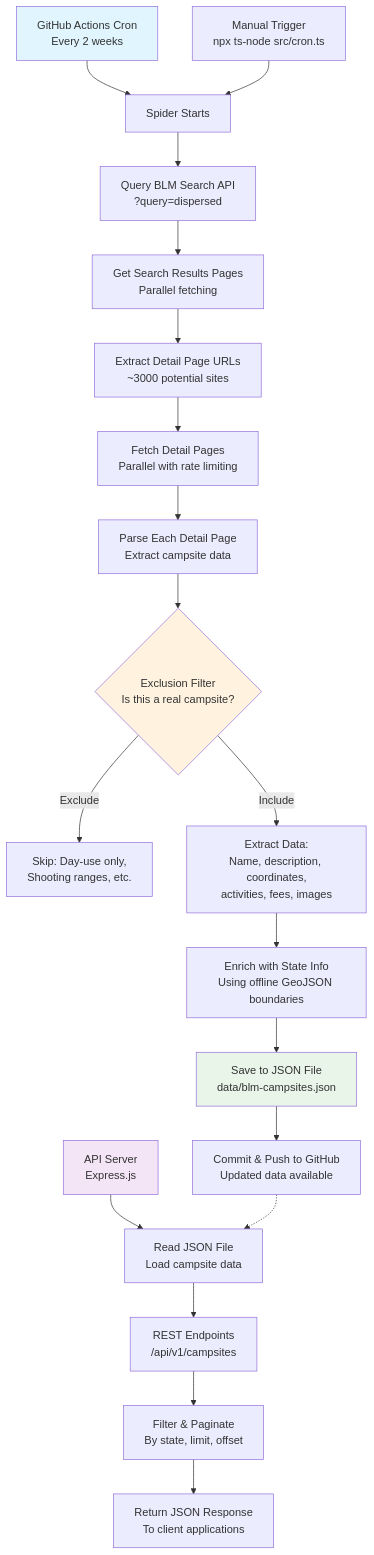
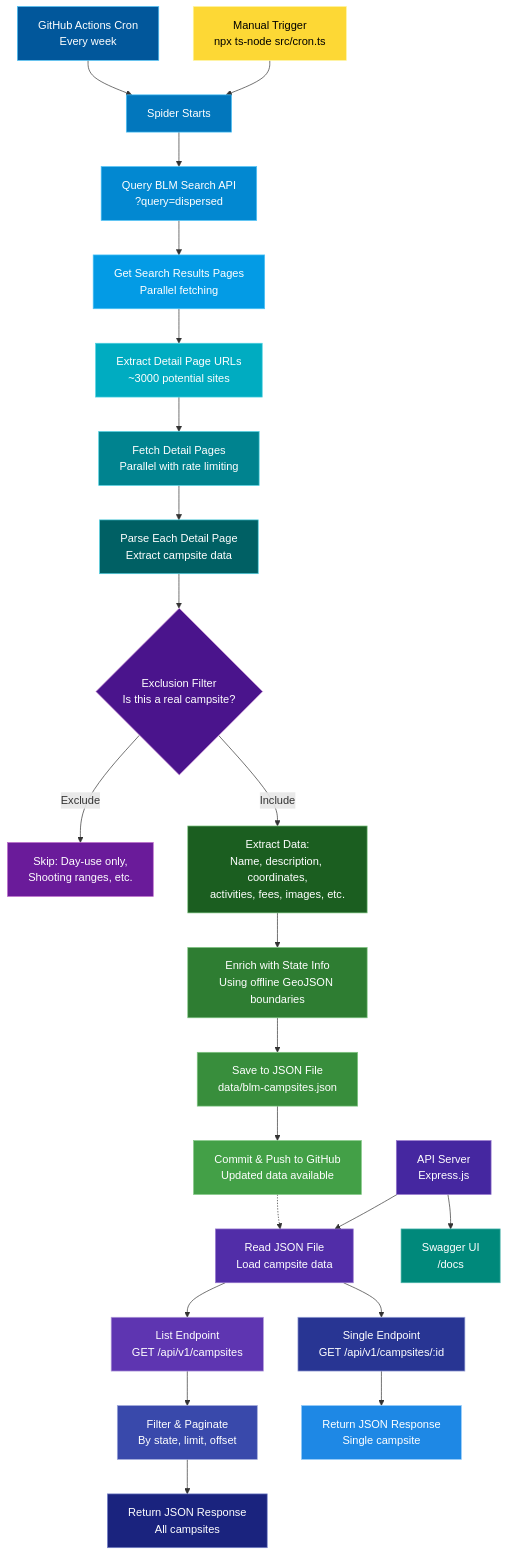
The diagram in README.md (baileydunning/blm-spider), drawn with Mermaid before and after one commit. The commit also changed other lines of this file, not shown here.

````diff
--- a/README.md
+++ b/README.md
@@ -28,29 +28,52 @@
 ```mermaid
 graph TB
-    A[GitHub Actions Cron<br/>Every 2 weeks] --> B[Spider Starts]
+    A[GitHub Actions Cron<br/>Every week] --> B[Spider Starts]
     B --> C[Query BLM Search API<br/>?query=dispersed]
     C --> D[Get Search Results Pages<br/>Parallel fetching]
     D --> E[Extract Detail Page URLs<br/>~3000 potential sites]
     E --> F[Fetch Detail Pages<br/>Parallel with rate limiting]
     F --> G[Parse Each Detail Page<br/>Extract campsite data]
     G --> H{Exclusion Filter<br/>Is this a real campsite?}
     H -->|Exclude| I[Skip: Day-use only,<br/>Shooting ranges, etc.]
-    H -->|Include| J[Extract Data:<br/>Name, description, coordinates,<br/>activities, fees, images]
+    H -->|Include| J[Extract Data:<br/>Name, description, coordinates,<br/>activities, fees, images, etc.]
     J --> K[Enrich with State Info<br/>Using offline GeoJSON boundaries]
     K --> L[Save to JSON File<br/>data/blm-campsites.json]
     L --> M[Commit & Push to GitHub<br/>Updated data available]
     
     N[API Server<br/>Express.js] --> O[Read JSON File<br/>Load campsite data]
-    O --> P[REST Endpoints<br/>/api/v1/campsites]
+    O --> P[List Endpoint<br/>GET /api/v1/campsites]
     P --> Q[Filter & Paginate<br/>By state, limit, offset]
-    Q --> R[Return JSON Response<br/>To client applications]
+    Q --> R[Return JSON Response<br/>All campsites]
+
+    O --> U[Single Endpoint<br/>GET /api/v1/campsites/:id]
+    U --> V[Return JSON Response<br/>Single campsite]
+
+    N --> W[Swagger UI<br/>/docs]
     
     S[Manual Trigger<br/>npx ts-node src/cron.ts] --> B
     
     M -.-> O
-    
-    style A fill:#e1f5fe
-    style N fill:#f3e5f5
-    style H fill:#fff3e0
-    style L fill:#e8f5e8
+
+    style A fill:#01579b,stroke:#4fc3f7,color:#ffffff
+    style B fill:#0277bd,stroke:#4fc3f7,color:#ffffff
+    style C fill:#0288d1,stroke:#4fc3f7,color:#ffffff
+    style D fill:#039be5,stroke:#4fc3f7,color:#ffffff
+    style E fill:#00acc1,stroke:#4dd0e1,color:#ffffff
+    style F fill:#00838f,stroke:#4dd0e1,color:#ffffff
+    style G fill:#006064,stroke:#4dd0e1,color:#ffffff
+    style H fill:#4a148c,stroke:#ce93d8,color:#ffffff
+    style I fill:#6a1b9a,stroke:#ba68c8,color:#ffffff
+    style J fill:#1b5e20,stroke:#81c784,color:#ffffff
+    style K fill:#2e7d32,stroke:#81c784,color:#ffffff
+    style L fill:#388e3c,stroke:#81c784,color:#ffffff
+    style M fill:#43a047,stroke:#81c784,color:#ffffff
+    style N fill:#4527a0,stroke:#9575cd,color:#ffffff
+    style O fill:#512da8,stroke:#9575cd,color:#ffffff
+    style P fill:#5e35b1,stroke:#b39ddb,color:#ffffff
+    style Q fill:#3949ab,stroke:#9fa8da,color:#ffffff
+    style R fill:#1a237e,stroke:#7986cb,color:#ffffff
+    style U fill:#283593,stroke:#9fa8da,color:#ffffff
+    style V fill:#1e88e5,stroke:#90caf9,color:#ffffff
+    style W fill:#00897b,stroke:#4db6ac,color:#ffffff
+    style S fill:#fdd835,stroke:#fff59d,color:#000000
 ```
````
